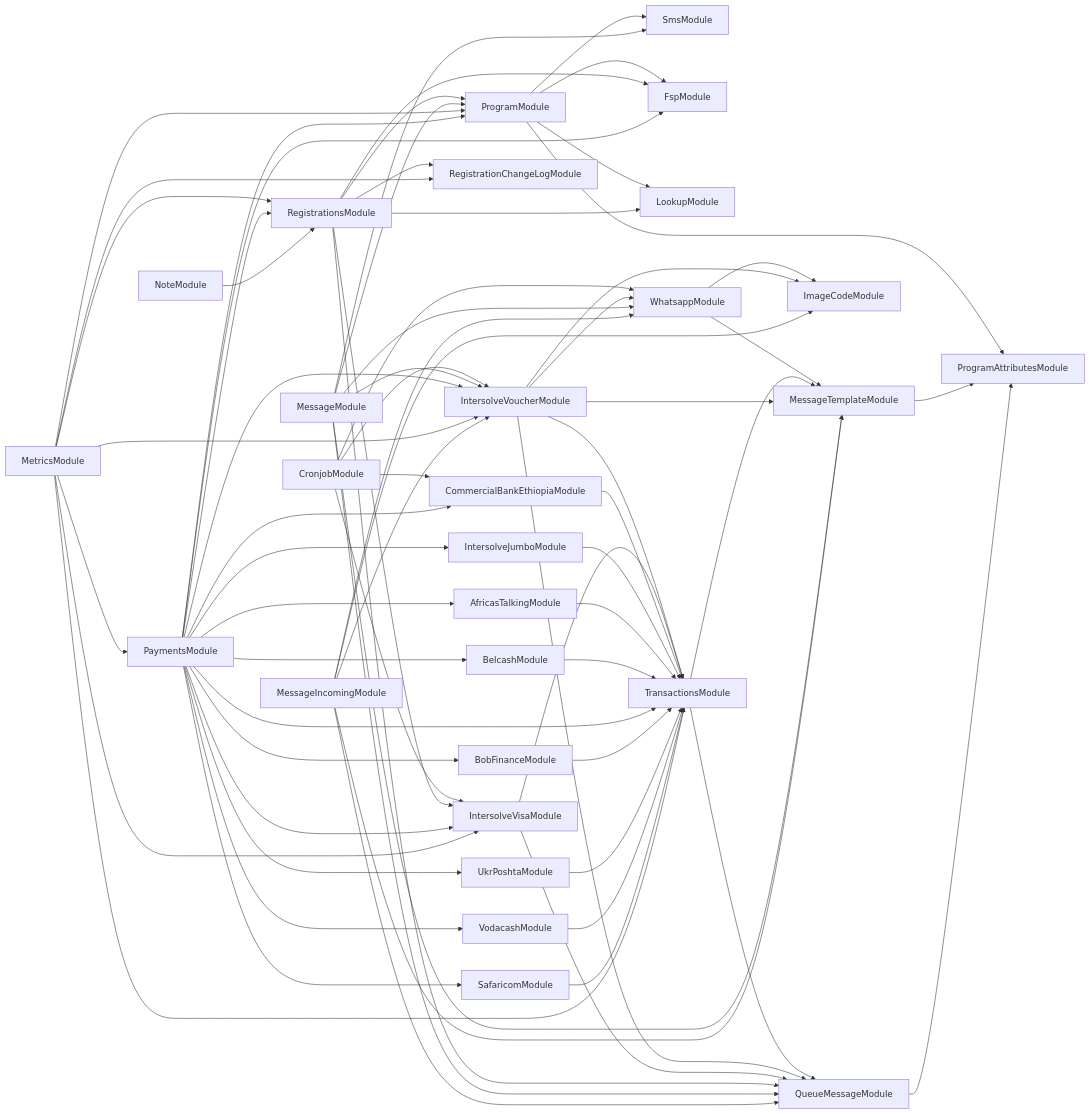
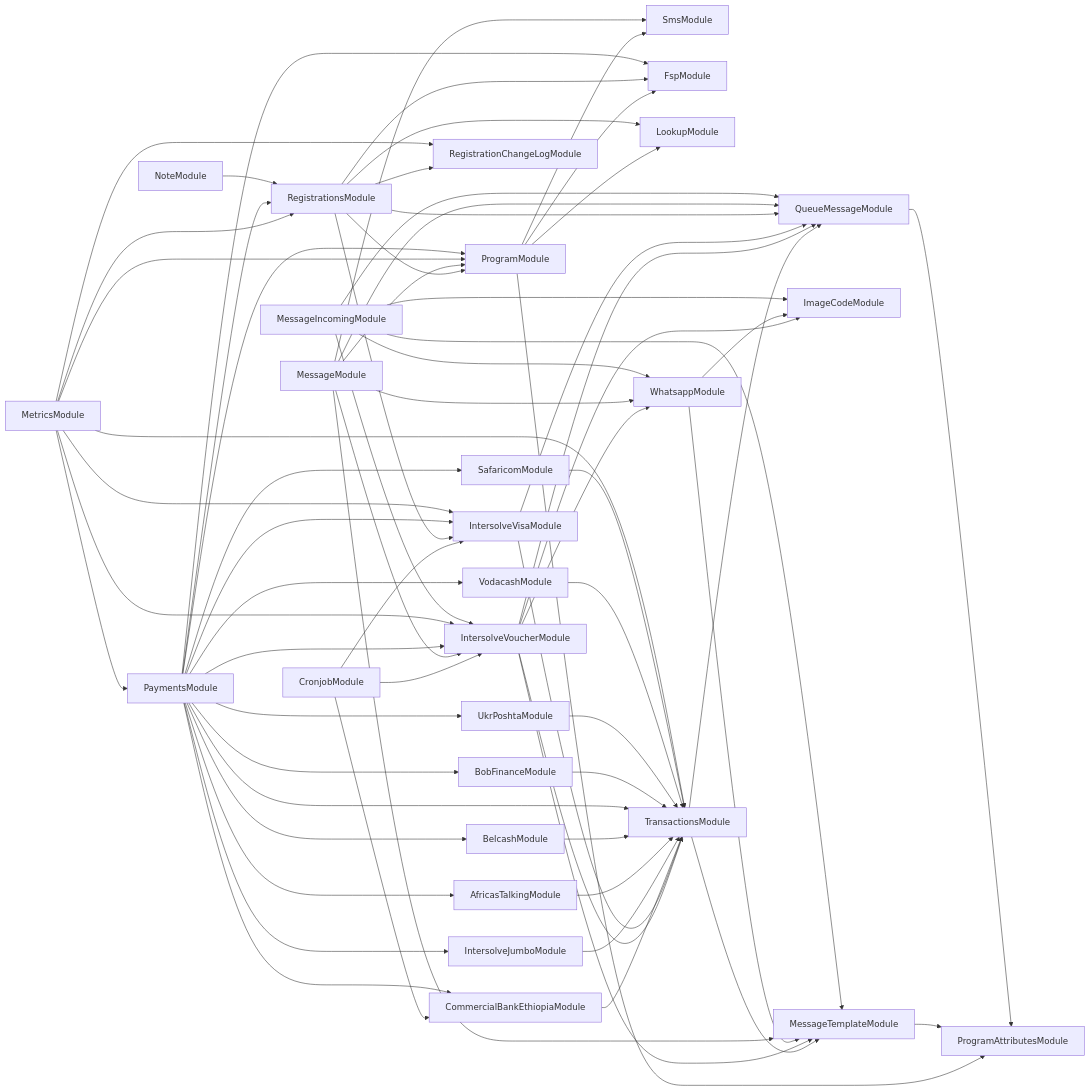
The diagram in services/121-service/module-dependencies.md (global-121/121-platform), drawn with Mermaid before and after one commit. The commit also changed 5 other files, not shown here.

````diff
--- a/services/121-service/module-dependencies.md
+++ b/services/121-service/module-dependencies.md
@@ -3,71 +3,70 @@
 ```mermaid
 graph LR
   ProgramModule-->SmsModule
   ProgramModule-->FspModule
   ProgramModule-->LookupModule
   ProgramModule-->ProgramAttributesModule
   MessageTemplateModule-->ProgramAttributesModule
-  CronjobModule-->WhatsappModule
-  WhatsappModule-->ImageCodeModule
-  WhatsappModule-->MessageTemplateModule
   CronjobModule-->IntersolveVoucherModule
   IntersolveVoucherModule-->ImageCodeModule
   IntersolveVoucherModule-->TransactionsModule
   TransactionsModule-->QueueMessageModule
   QueueMessageModule-->ProgramAttributesModule
   TransactionsModule-->MessageTemplateModule
   IntersolveVoucherModule-->WhatsappModule
   IntersolveVoucherModule-->QueueMessageModule
   IntersolveVoucherModule-->MessageTemplateModule
   CronjobModule-->IntersolveVisaModule
   IntersolveVisaModule-->TransactionsModule
   IntersolveVisaModule-->QueueMessageModule
   CronjobModule-->CommercialBankEthiopiaModule
   CommercialBankEthiopiaModule-->TransactionsModule
   RegistrationsModule-->LookupModule
   RegistrationsModule-->ProgramModule
   RegistrationsModule-->FspModule
   RegistrationsModule-->QueueMessageModule
   RegistrationsModule-->IntersolveVisaModule
   RegistrationsModule-->RegistrationChangeLogModule
   MessageModule-->WhatsappModule
+  WhatsappModule-->ImageCodeModule
+  WhatsappModule-->MessageTemplateModule
   MessageModule-->SmsModule
   MessageModule-->QueueMessageModule
   MessageModule-->IntersolveVoucherModule
   MessageModule-->MessageTemplateModule
   MessageModule-->ProgramModule
   MetricsModule-->ProgramModule
   MetricsModule-->RegistrationsModule
   MetricsModule-->PaymentsModule
   PaymentsModule-->FspModule
   PaymentsModule-->IntersolveVoucherModule
   PaymentsModule-->IntersolveVisaModule
   PaymentsModule-->IntersolveJumboModule
   IntersolveJumboModule-->TransactionsModule
   PaymentsModule-->AfricasTalkingModule
   AfricasTalkingModule-->TransactionsModule
   PaymentsModule-->BelcashModule
   BelcashModule-->TransactionsModule
   PaymentsModule-->TransactionsModule
   PaymentsModule-->BobFinanceModule
   BobFinanceModule-->TransactionsModule
   PaymentsModule-->UkrPoshtaModule
   UkrPoshtaModule-->TransactionsModule
   PaymentsModule-->VodacashModule
   VodacashModule-->TransactionsModule
   PaymentsModule-->SafaricomModule
   SafaricomModule-->TransactionsModule
   PaymentsModule-->CommercialBankEthiopiaModule
   PaymentsModule-->RegistrationsModule
   PaymentsModule-->ProgramModule
   MetricsModule-->TransactionsModule
   MetricsModule-->IntersolveVisaModule
   MetricsModule-->IntersolveVoucherModule
   MetricsModule-->RegistrationChangeLogModule
   MessageIncomingModule-->ImageCodeModule
   MessageIncomingModule-->IntersolveVoucherModule
   MessageIncomingModule-->WhatsappModule
   MessageIncomingModule-->QueueMessageModule
   MessageIncomingModule-->MessageTemplateModule
   NoteModule-->RegistrationsModule
 ```
````
